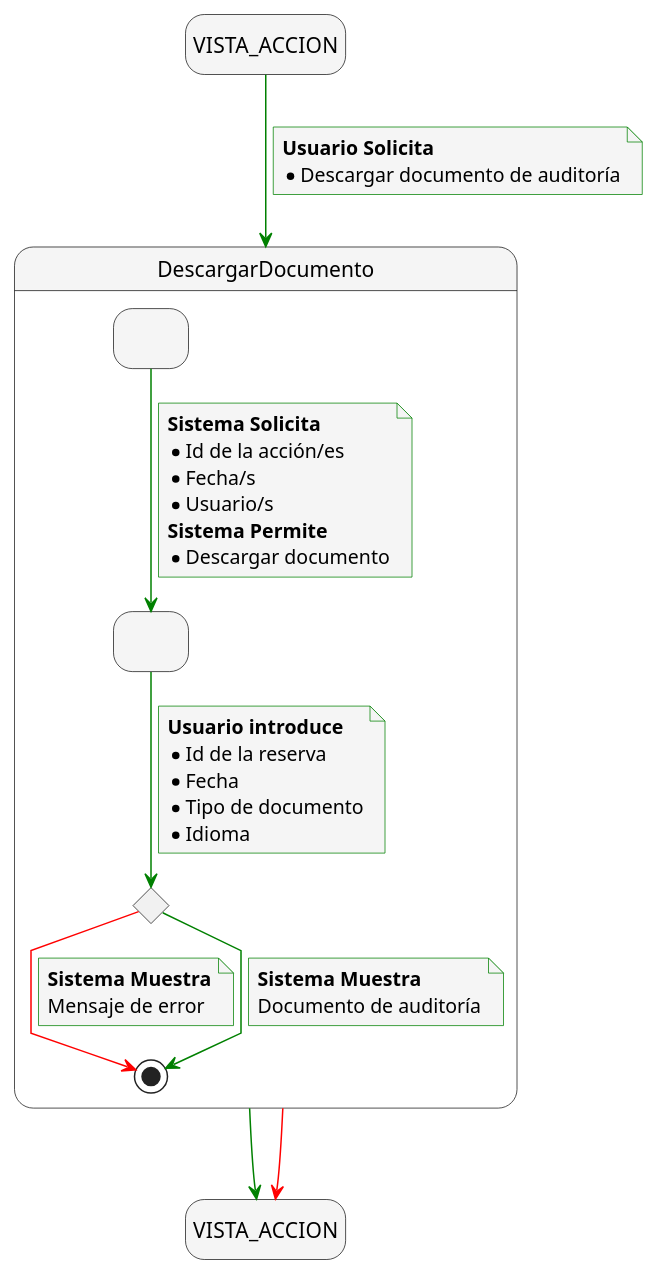
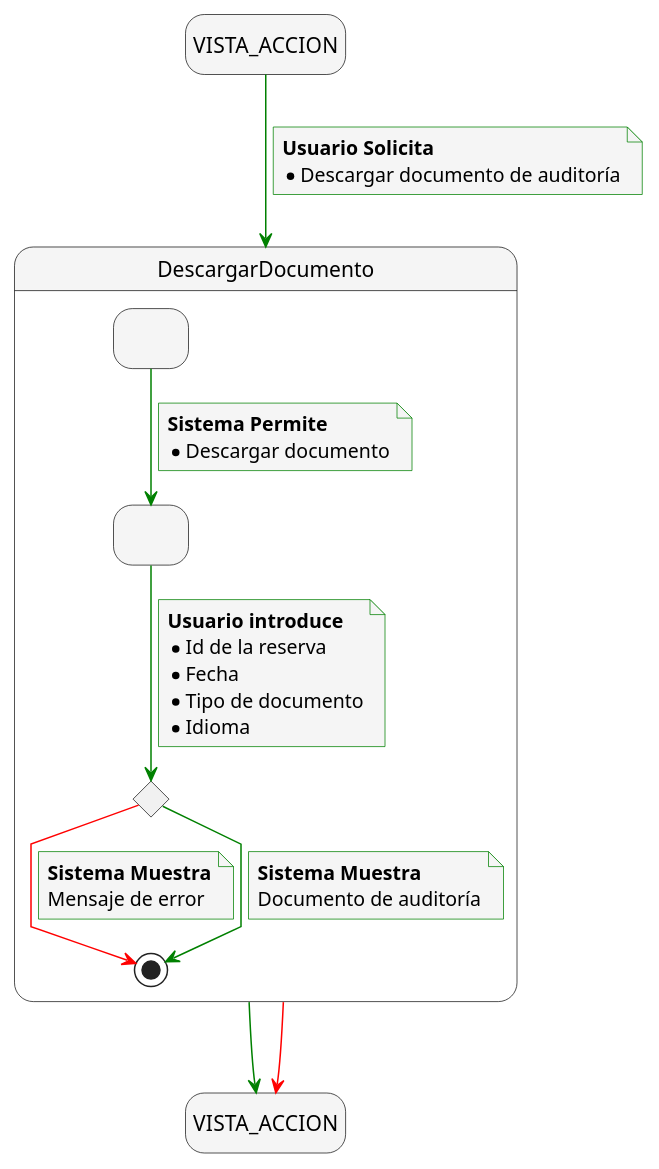
Before and after one commit to mmasias/24-25-IdSw1-SDR: the diagram in docs/casosDeUso/detalladoCasosDeUso/detalladoAuditoria/detalladoDescargarDocumento.puml, drawn with PlantUML. The commit also changed 5 other files, not shown here.

```diff
--- a/docs/casosDeUso/detalladoCasosDeUso/detalladoAuditoria/detalladoDescargarDocumento.puml
+++ b/docs/casosDeUso/detalladoCasosDeUso/detalladoAuditoria/detalladoDescargarDocumento.puml
@@ -1,65 +1,61 @@
 @startuml descargar_documento_auditoria
 skinparam {
     NoteBackgroundColor #whiteSmoke
     ArrowColor #green
     NoteBorderColor #green
     linetype polyline
 }
 
 skinparam state {
   BackgroundColor #whiteSmoke
 }
 
 hide empty description
 
 state startState as "VISTA_ACCION"
 state endState as "VISTA_ACCION"
 
 startState --> DescargarDocumento
 note on link
     <b>Usuario Solicita</b>
     * Descargar documento de auditoría
 end note
 
 DescargarDocumento --> endState
 DescargarDocumento  -[#red]-> endState
 
 state DescargarDocumento {
     state solicitudFiltros as " "
     state envioFiltros as " "
     state revisionFiltrosEnviados <<choice>>
 
     solicitudFiltros --> envioFiltros
     note on link
-        <b>Sistema Solicita</b>
-        * Id de la acción/es
-        * Fecha/s
-        * Usuario/s
         <b>Sistema Permite</b>
         * Descargar documento
     end note
 
     envioFiltros --> revisionFiltrosEnviados
     note on link
         <b>Usuario introduce</b>
         * Id de la reserva
         * Fecha
         * Tipo de documento
         * Idioma
     end note
 
     revisionFiltrosEnviados -[#red]-> [*]
 
     note on link
         <b>Sistema Muestra</b>
         Mensaje de error
     end note
 
     revisionFiltrosEnviados --> [*]
     note on link
         <b>Sistema Muestra</b>
         Documento de auditoría
     end note
 }
 
 @enduml
```
